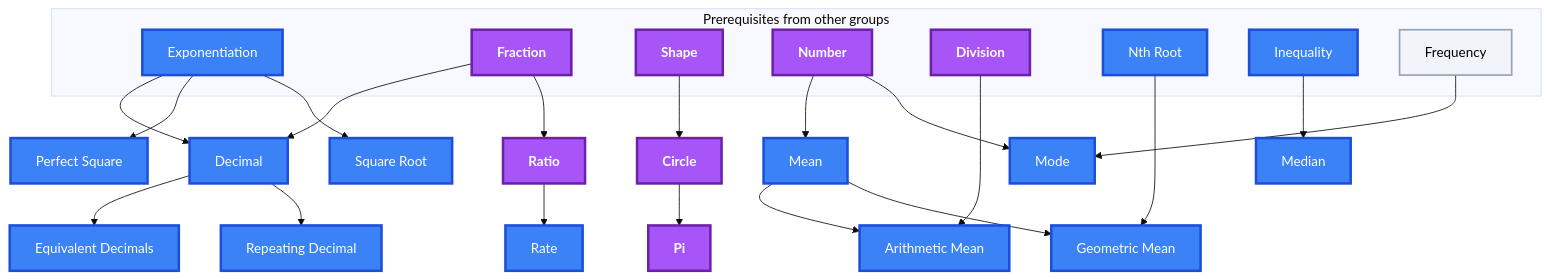
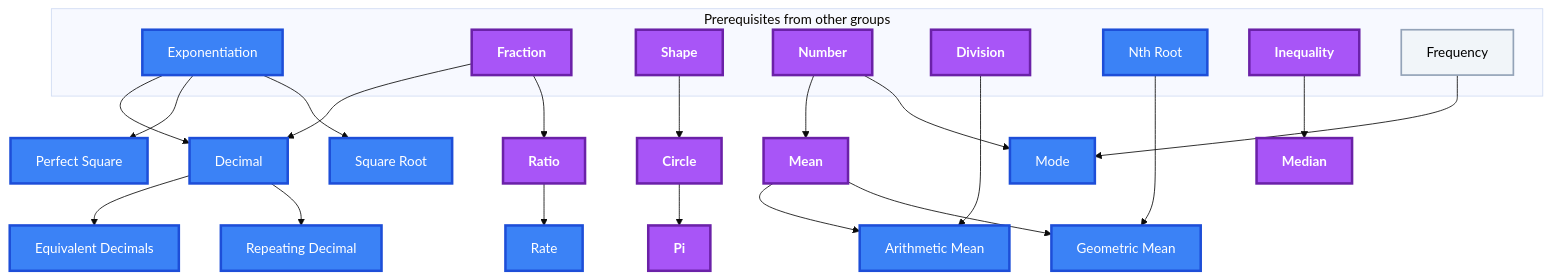
The fifth of 10 diagrams in Gamification/Skill Trees/Pre-Algebra.md (MRauf1/My-Notes), drawn with Mermaid (base theme) before and after one commit. The commit also changed other lines of this file and 73 other files, not shown here.

````diff
--- a/Gamification/Skill Trees/Pre-Algebra.md
+++ b/Gamification/Skill Trees/Pre-Algebra.md
@@ -257,58 +257,58 @@
 ```mermaid
 flowchart TD
     classDef planned fill:#1E293B,stroke:#64748B,stroke-width:2px,stroke-dasharray:5 5,color:#94A3B8;
     classDef locked fill:#334155,stroke:#475569,stroke-width:2px,color:#94A3B8;
     classDef L0 fill:#F1F5F9,stroke:#94A3B8,stroke-width:2px,color:#000000;
     classDef L1 fill:#22C55E,stroke:#15803D,stroke-width:2px,color:#000000;
     classDef L2 fill:#3B82F6,stroke:#1D4ED8,stroke-width:3px,color:#FFFFFF;
     classDef L3 fill:#A855F7,stroke:#6B21A8,stroke-width:3px,color:#FFFFFF,font-weight:bold;
     classDef L4 fill:#F97316,stroke:#C2410C,stroke-width:4px,color:#000000,font-weight:bold;
     classDef L5 fill:#FFD700,stroke:#FF8C00,stroke-width:5px,color:#000000,font-weight:bold;
     classDef rusty stroke:#8B4513,stroke-width:4px,stroke-dasharray:3 3;
     subgraph sg_prereqs["Prerequisites from other groups"]
         n_exponentiation["Exponentiation"]
         n_fraction["Fraction"]
         n_shape["Shape"]
         n_number["Number"]
         n_division["Division"]
         n_nth_root["Nth Root"]
         n_inequality["Inequality"]
         n_frequency["Frequency"]
     end
     n_decimal["Decimal"]
     n_equivalent_decimals["Equivalent Decimals"]
     n_repeating_decimal["Repeating Decimal"]
     n_circle["Circle"]
     n_pi["Pi"]
     n_mean["Mean"]
     n_arithmetic_mean["Arithmetic Mean"]
     n_geometric_mean["Geometric Mean"]
     n_median["Median"]
     n_mode["Mode"]
     n_ratio["Ratio"]
     n_rate["Rate"]
     n_perfect_square["Perfect Square"]
     n_square_root["Square Root"]
     n_exponentiation --> n_decimal
     n_fraction --> n_decimal
     n_decimal --> n_equivalent_decimals
     n_decimal --> n_repeating_decimal
     n_shape --> n_circle
     n_circle --> n_pi
     n_number --> n_mean
     n_division --> n_arithmetic_mean
     n_mean --> n_arithmetic_mean
     n_nth_root --> n_geometric_mean
     n_mean --> n_geometric_mean
     n_inequality --> n_median
     n_number --> n_mode
     n_fraction --> n_ratio
     n_ratio --> n_rate
     n_exponentiation --> n_perfect_square
     n_exponentiation --> n_square_root
     n_frequency --> n_mode
     class n_frequency L0;
-    class n_exponentiation,n_nth_root,n_inequality,n_decimal,n_equivalent_decimals,n_repeating_decimal,n_mean,n_arithmetic_mean,n_geometric_mean,n_median,n_mode,n_rate,n_perfect_square,n_square_root L2;
-    class n_fraction,n_shape,n_number,n_division,n_circle,n_pi,n_ratio L3;
+    class n_exponentiation,n_nth_root,n_decimal,n_equivalent_decimals,n_repeating_decimal,n_arithmetic_mean,n_geometric_mean,n_mode,n_rate,n_perfect_square,n_square_root L2;
+    class n_fraction,n_shape,n_number,n_division,n_inequality,n_circle,n_pi,n_mean,n_median,n_ratio L3;
     class n_exponentiation,n_fraction,n_shape,n_number,n_division,n_nth_root,n_inequality,n_frequency,n_decimal,n_equivalent_decimals,n_repeating_decimal,n_circle,n_pi,n_mean,n_arithmetic_mean,n_geometric_mean,n_median,n_mode,n_ratio,n_rate,n_perfect_square,n_square_root internal-link;
 ```
````
